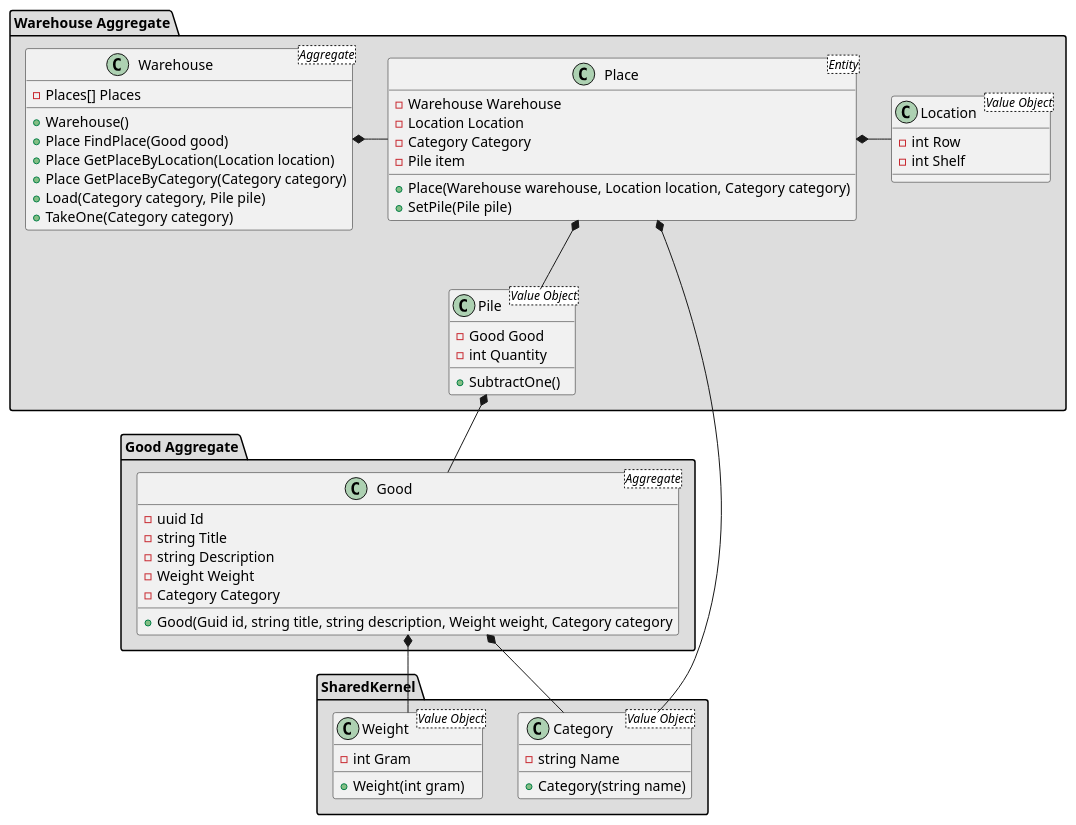
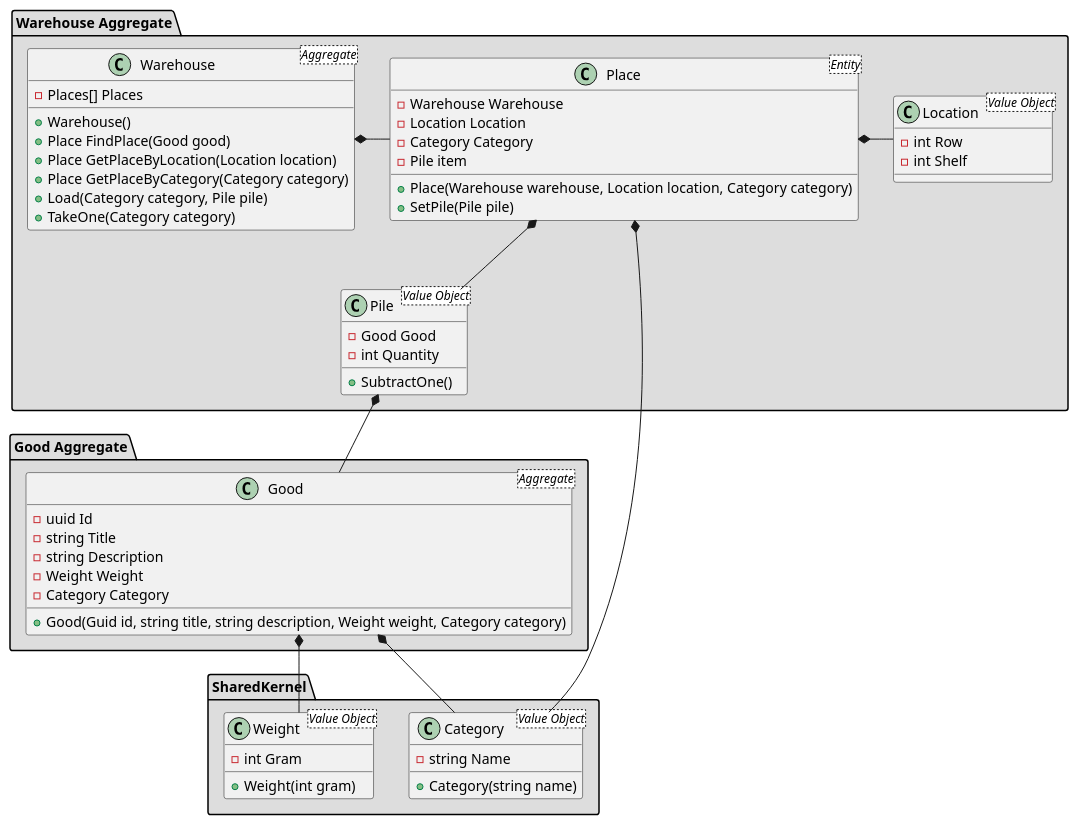
The third of 5 diagrams in services/delivery/README.md (gerzhan/knigaexpert-system-design), drawn with PlantUML before and after one commit. The commit also changed 1 other file, not shown here.

````diff
--- a/services/delivery/README.md
+++ b/services/delivery/README.md
@@ -89,71 +89,71 @@
 ```plantuml
 package "Warehouse Aggregate"  #DDDDDD {
   Class Warehouse <Aggregate>
   {
     - Places[] Places
 
     + Warehouse()
     + Place FindPlace(Good good)
     + Place GetPlaceByLocation(Location location)
     + Place GetPlaceByCategory(Category category)
     + Load(Category category, Pile pile)
     + TakeOne(Category category)
   }
   
   Class Place <Entity>
   {
     - Warehouse Warehouse
     - Location Location
     - Category Category
     - Pile item
 
     + Place(Warehouse warehouse, Location location, Category category)
     + SetPile(Pile pile)
   }  
 
   Class Pile <Value Object>{
     - Good Good
     - int Quantity
     + SubtractOne()
   }
 
   Class Location <Value Object> {
     - int Row
     - int Shelf 
   }
 
   Warehouse *- Place
   Place *- Location
   Place *-- Pile
 }
 
 package "SharedKernel" #DDDDDD {
   Class Category <Value Object>
   {
     - string Name
     + Category(string name)
   }  
   Place *- Category 
 
   Class Weight <Value Object>
   {
     - int Gram
     + Weight(int gram)
   }
 }
 
 package "Good Aggregate" #DDDDDD {
   Class Good <Aggregate>
   {
     - uuid Id
     - string Title
     - string Description
     - Weight Weight
     - Category Category
-    + Good(Guid id, string title, string description, Weight weight, Category category
+    + Good(Guid id, string title, string description, Weight weight, Category category)
   }
   Good *-- Weight
   Good *- Category
   Pile *-- Good
 }
 ```
````
